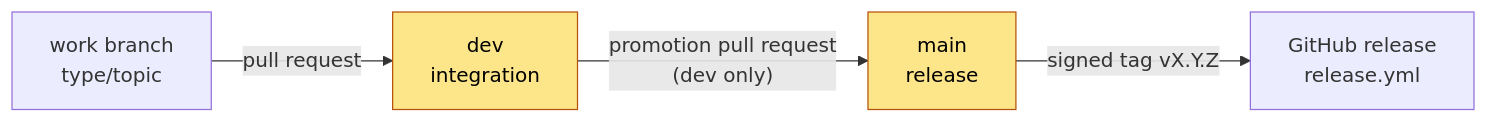
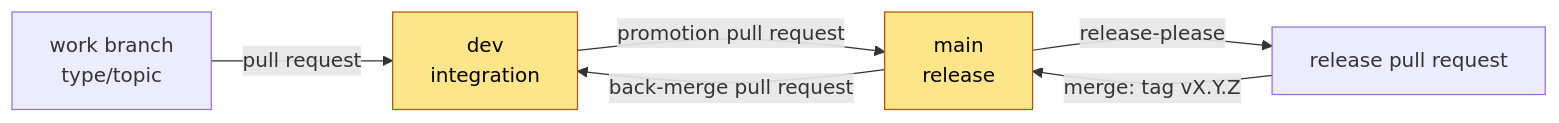
Before and after one commit to Nistapp/codebase-agentic-readiness-framework: the diagram in docs/reference/branch-protection.md, drawn with Mermaid. The commit also changed other lines of this file and 9 other files, not shown here.

First line of the commit message:
docs(release): describe the release-please process

````diff
--- a/docs/reference/branch-protection.md
+++ b/docs/reference/branch-protection.md
@@ -16,9 +18,11 @@
 ```mermaid
 flowchart LR
     W["work branch<br/>type/topic"] -->|"pull request"| D["dev<br/>integration"]
-    D -->|"promotion pull request<br/>(dev only)"| M["main<br/>release"]
-    M -->|"signed tag vX.Y.Z"| R["GitHub release<br/>release.yml"]
+    D -->|"promotion pull request"| M["main<br/>release"]
+    M -->|"release-please"| RP["release pull request"]
+    RP -->|"merge: tag vX.Y.Z"| M
+    M -->|"back-merge pull request"| D
 
     classDef protected fill:#fde68a,stroke:#b45309,color:#000
     class D,M protected
 ```
````
